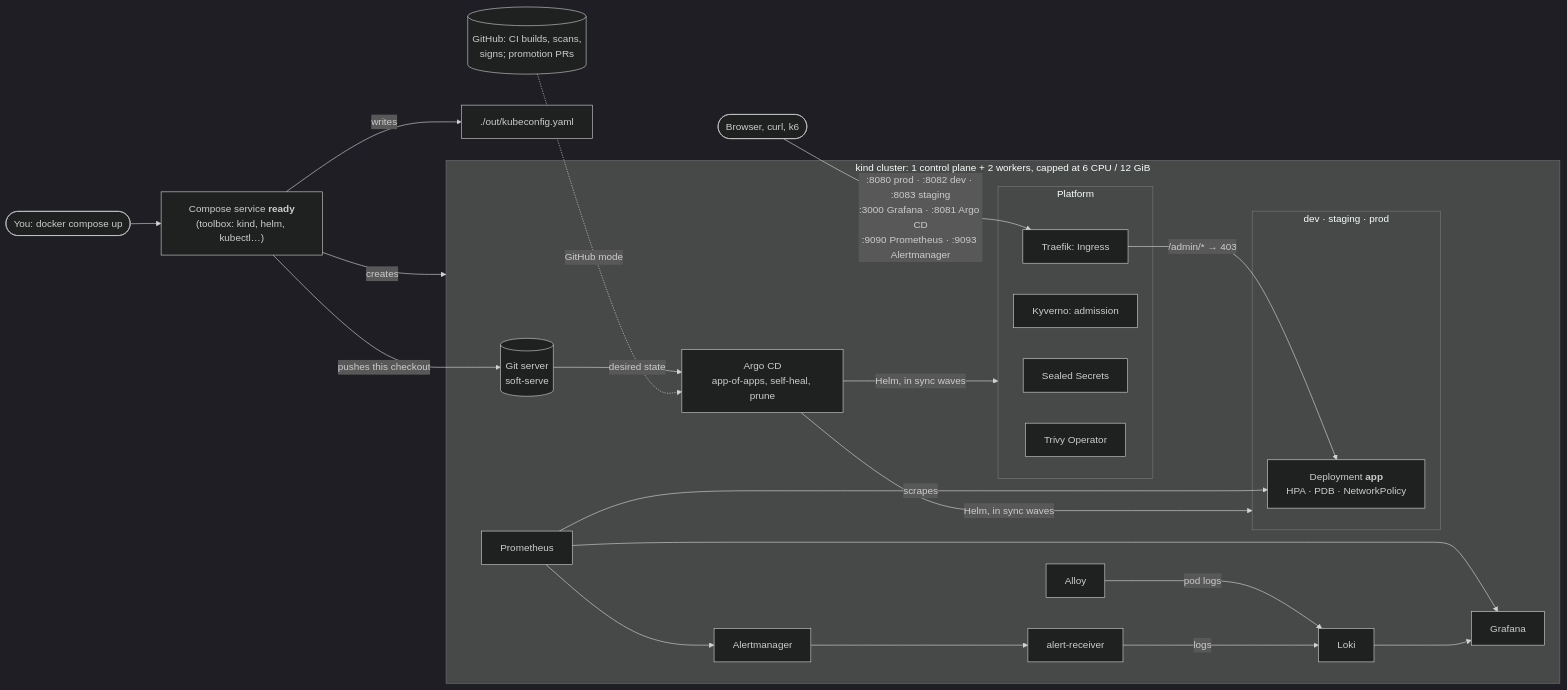
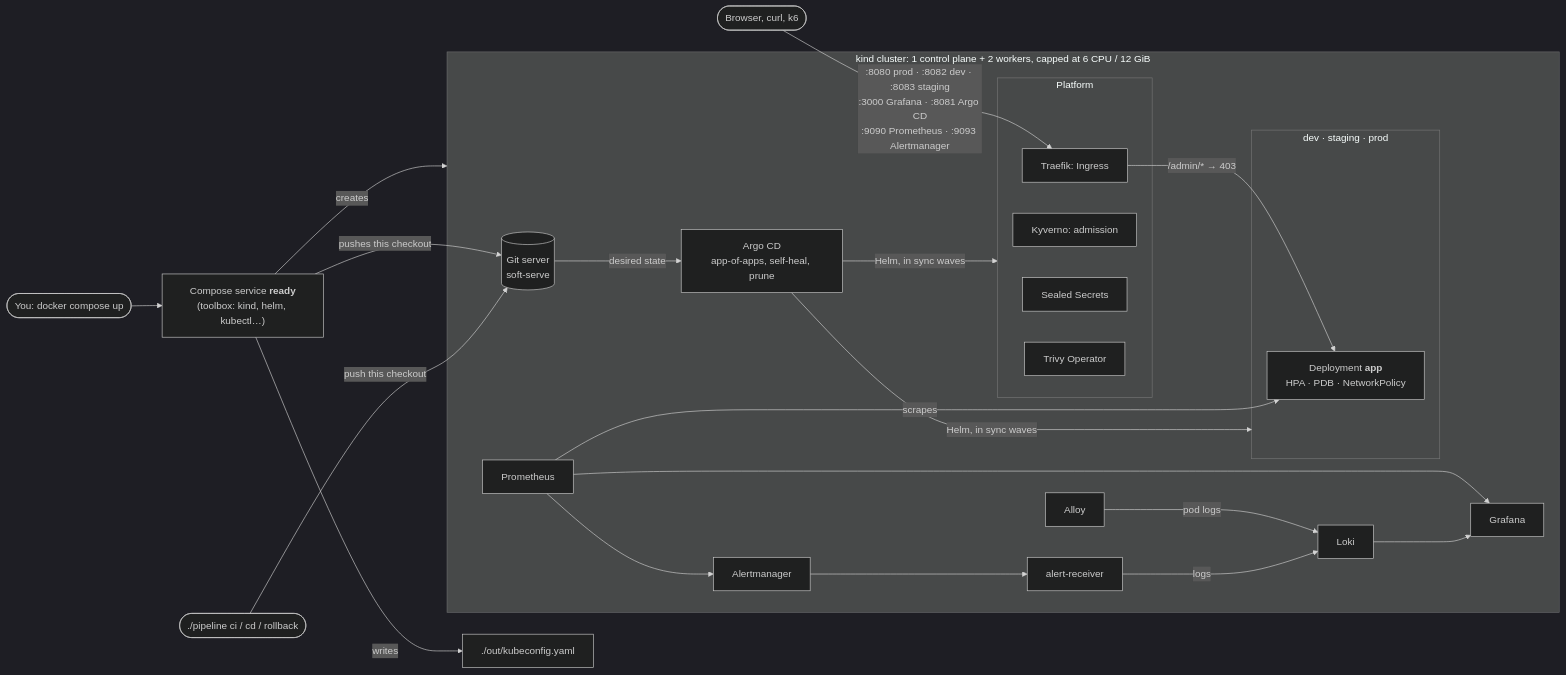
Before and after one commit to iantest11111989/orders-gateway-platform: the first of 2 diagrams in README.md, drawn with Mermaid (dark theme). The commit also changed other lines of this file and 27 other files, not shown here.

First line of the commit message:
CI/CD is local: remove GitHub mode and the CD workflow; doc: CI/CD in production

````diff
--- a/README.md
+++ b/README.md
@@ -75,29 +75,29 @@
 ```mermaid
 flowchart LR
   you([You: docker compose up]) --> ready["Compose service <b>ready</b><br/>(toolbox: kind, helm, kubectl…)"]
   ready -->|creates| cluster
   ready -->|pushes this checkout| git
   ready -->|writes| kc[./out/kubeconfig.yaml]
 
   subgraph cluster [kind cluster: 1 control plane + 2 workers, capped at 6 CPU / 12 GiB]
     git[(Git server<br/>soft-serve)] -->|desired state| argocd[Argo CD<br/>app-of-apps, self-heal, prune]
     argocd -->|Helm, in sync waves| platform & envs
     subgraph envs [dev · staging · prod]
       app["Deployment <b>app</b><br/>HPA · PDB · NetworkPolicy"]
     end
     subgraph platform [Platform]
       gw[Traefik: Ingress]
       kyv[Kyverno: admission]
       ss[Sealed Secrets]
       trivy[Trivy Operator]
     end
     gw -->|"/admin/* → 403"| app
     prom[Prometheus] -->|scrapes| app
     alloy[Alloy] -->|pod logs| loki[Loki]
     prom --> am[Alertmanager] --> recv[alert-receiver] -->|logs| loki
     prom & loki --> graf[Grafana]
   end
 
   user([Browser, curl, k6]) -->|":8080 prod · :8082 dev · :8083 staging<br/>:3000 Grafana · :8081 Argo CD<br/>:9090 Prometheus · :9093 Alertmanager"| gw
-  gh[(GitHub: CI builds, scans,<br/>signs; promotion PRs)] -.->|GitHub mode| argocd
+  dev([./pipeline ci / cd / rollback]) -->|"push this checkout"| git
 ```
````
